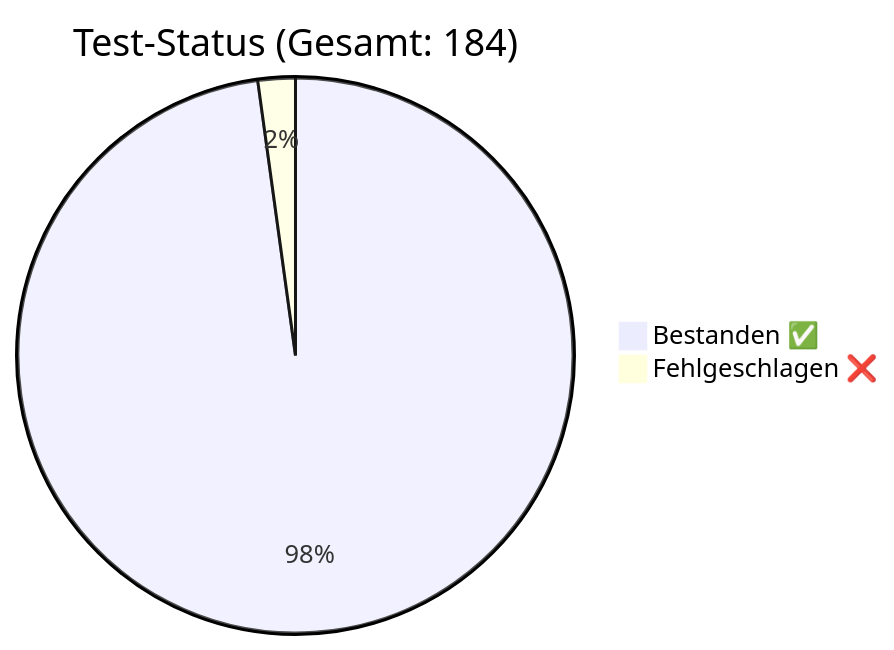
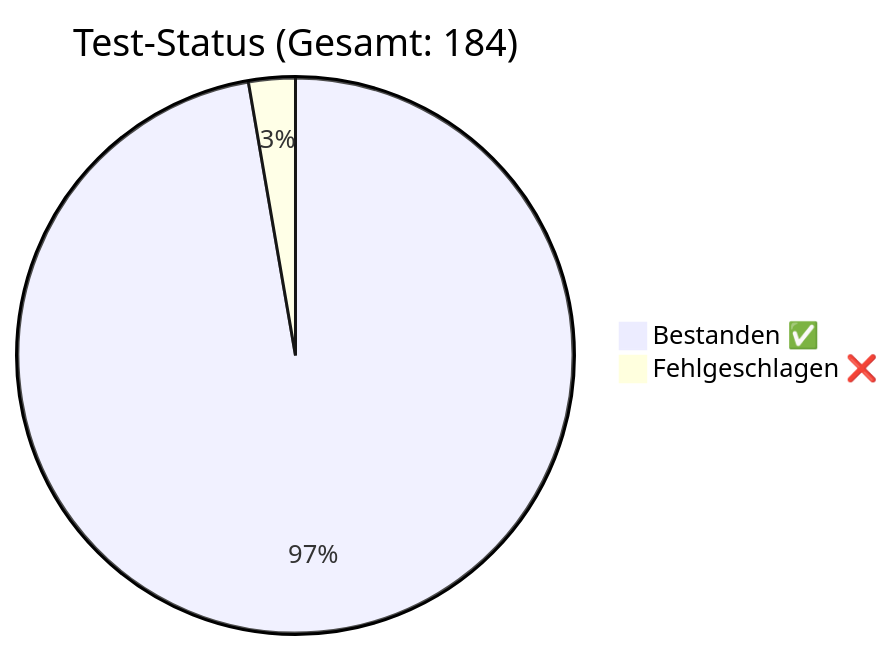
Before and after one commit to rorila/GCS: the diagram in docs/QA_Report.md, drawn with Mermaid. The commit also changed other lines of this file and 15 other files, not shown here.

Commit message:
Fix(Architecture/Editor): TSidePanel DnD support, Export absolute pathing & fullPath variable typo

````diff
--- a/docs/QA_Report.md
+++ b/docs/QA_Report.md
@@ -7,5 +7,5 @@
 ```mermaid
 pie title Test-Status (Gesamt: 184)
-    "Bestanden ✅" : 180
-    "Fehlgeschlagen ❌" : 4
+    "Bestanden ✅" : 179
+    "Fehlgeschlagen ❌" : 5
 ```
````
